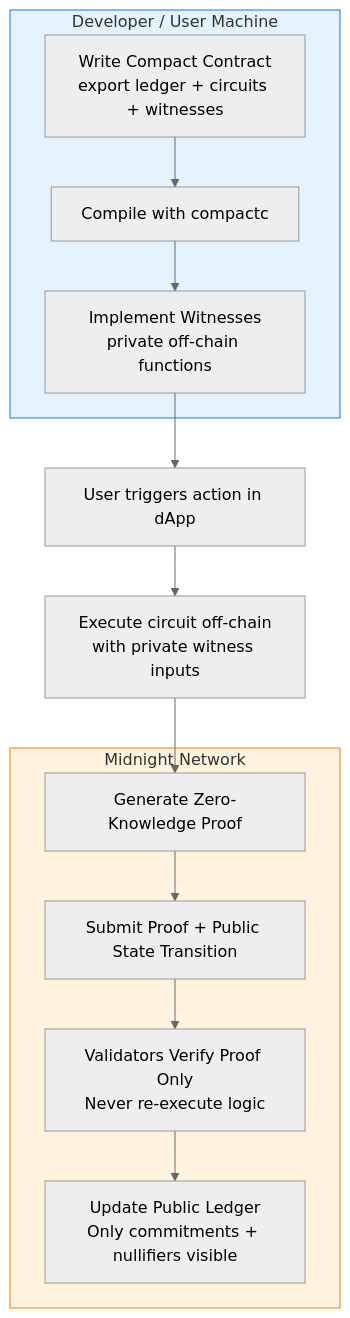
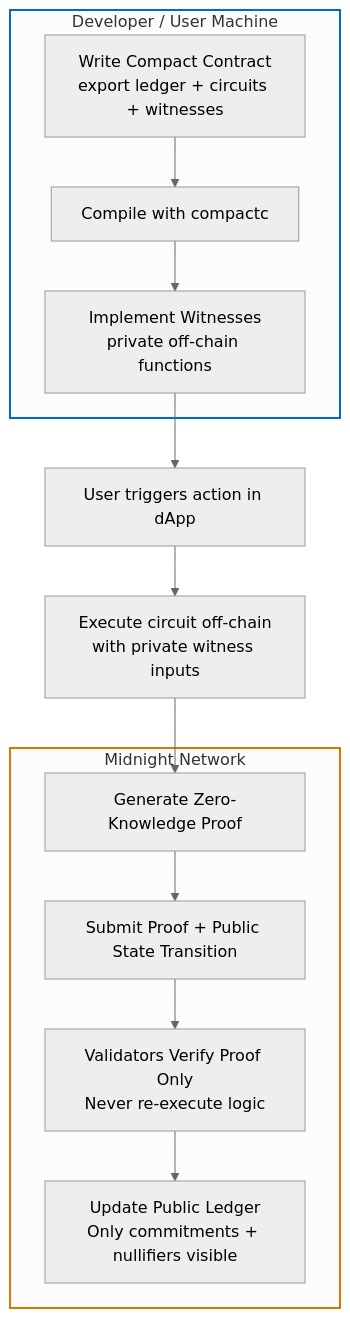
One commit to mbs-midnight/technical-guides changed the fourth of 4 diagrams in README.md. Above: the diagram before and after it, drawn with Mermaid (neutral theme). The commit also changed other lines of this file, not shown here.

````diff
--- a/README.md
+++ b/README.md
@@ -102,22 +102,22 @@
 ```mermaid
 flowchart TD
     subgraph Dev["Developer / User Machine"]
-        A[Write Compact Contract<br/>export ledger + circuits + witnesses] --> B[Compile with compactc]
-        B --> C[Implement Witnesses<br/>private off-chain functions]
+        A["Write Compact Contract<br>export ledger + circuits + witnesses"] --> B[Compile with compactc]
+        B --> C["Implement Witnesses<br>private off-chain functions"]
     end
 
     C --> D[User triggers action in dApp]
-    D --> E[Execute circuit off-chain<br/>with private witness inputs]
+    D --> E["Execute circuit off-chain<br>with private witness inputs"]
     E --> F[Generate Zero-Knowledge Proof]
 
     subgraph Network["Midnight Network"]
-        F --> G[Submit Proof + Public State Transition]
-        G --> H[Validators Verify Proof Only<br/>Never re-execute logic]
-        H --> I[Update Public Ledger<br/>Only commitments + nullifiers visible]
+        F --> G["Submit Proof + Public State Transition"]
+        G --> H["Validators Verify Proof Only<br>Never re-execute logic"]
+        H --> I["Update Public Ledger<br>Only commitments + nullifiers visible"]
     end
 
-    classDef dev fill:#e3f2fd,stroke:#1976d2
-    classDef net fill:#fff3e0,stroke:#f57c00
+    classDef dev stroke:#0366d6,stroke-width:2px
+    classDef net stroke:#d97706,stroke-width:2px
     class Dev dev
     class Network net
 ```
````
